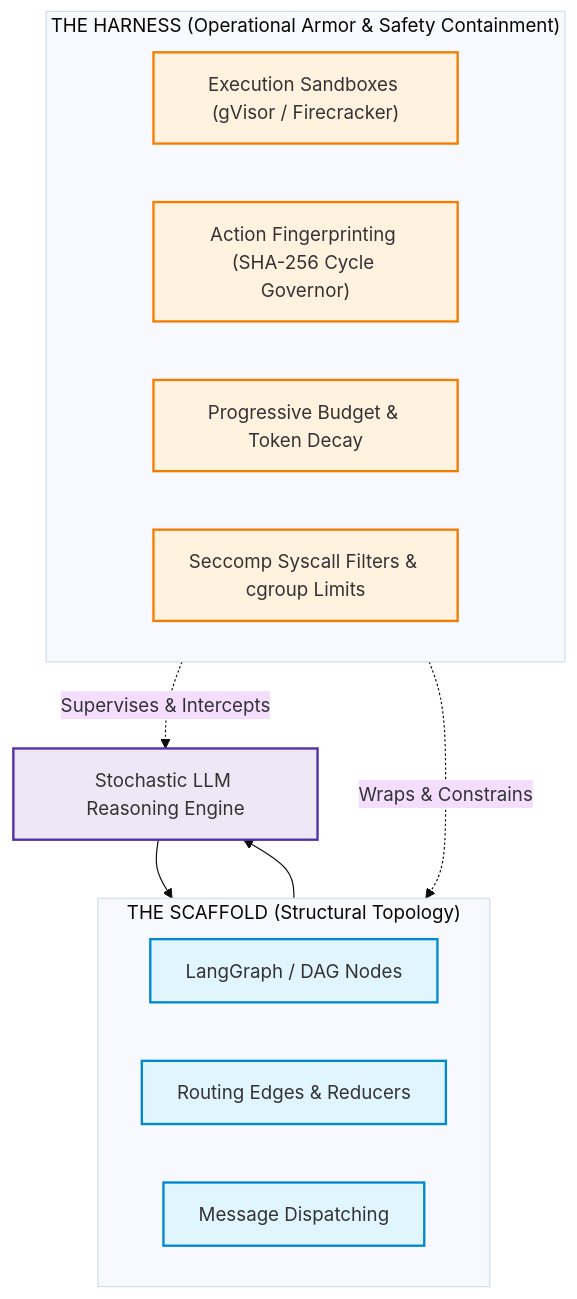
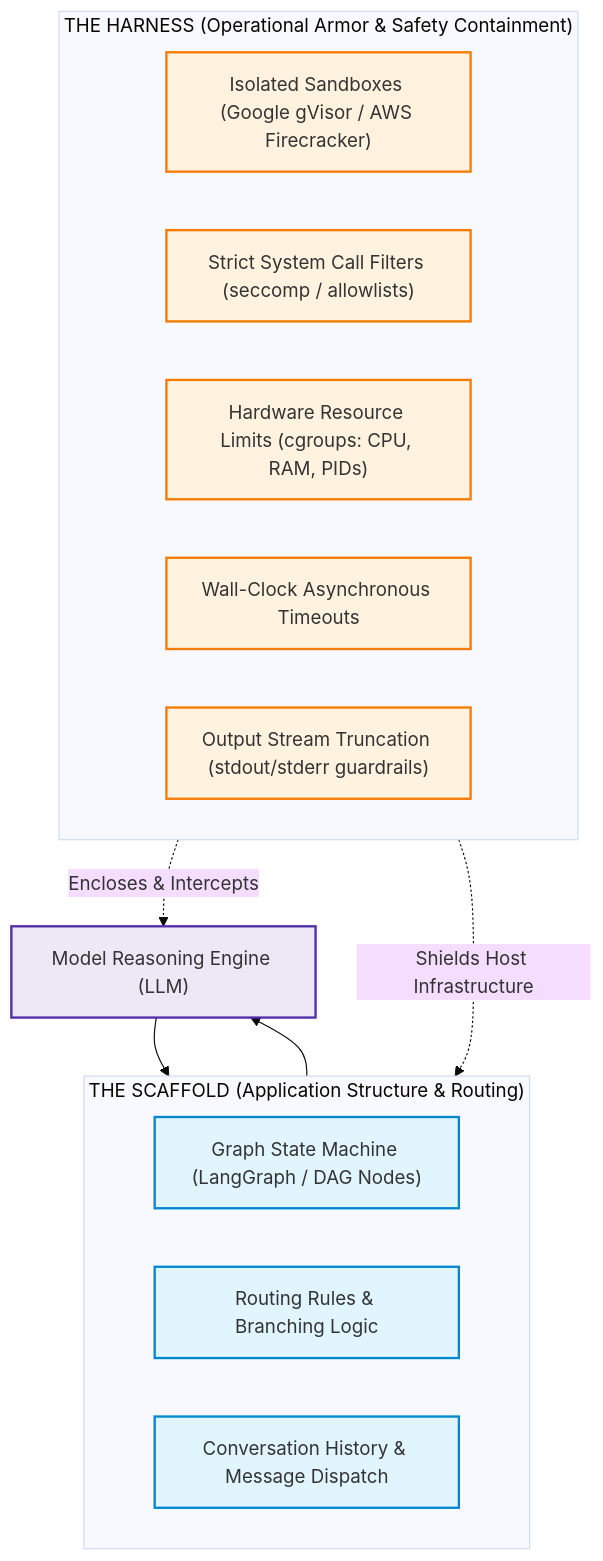
The second of 4 diagrams in 04-agentic-systems-and-orchestration/06-codeact-and-sandboxed-execution-runtimes.md (dip4k/senior-engineer-to-ai-engineer-roadmap), drawn with Mermaid (base theme) before and after one commit. The commit also changed other lines of this file and 11 other files, not shown here.

````diff
--- a/04-agentic-systems-and-orchestration/06-codeact-and-sandboxed-execution-runtimes.md
+++ b/04-agentic-systems-and-orchestration/06-codeact-and-sandboxed-execution-runtimes.md
@@ -79,26 +102,27 @@
 ```mermaid
 flowchart TD
     classDef scaffold fill:#e1f5fe,stroke:#0288d1,stroke-width:2px;
     classDef harness fill:#fff3e0,stroke:#f57c00,stroke-width:2px;
     classDef model fill:#ede7f6,stroke:#512da8,stroke-width:2px;
 
-    subgraph Scaffold["THE SCAFFOLD (Structural Topology)"]
-        S1["LangGraph / DAG Nodes"]:::scaffold
-        S2["Routing Edges & Reducers"]:::scaffold
-        S3["Message Dispatching"]:::scaffold
+    subgraph Scaffold["THE SCAFFOLD (Application Structure & Routing)"]
+        S1["Graph State Machine (LangGraph / DAG Nodes)"]:::scaffold
+        S2["Routing Rules & Branching Logic"]:::scaffold
+        S3["Conversation History & Message Dispatch"]:::scaffold
     end
 
     subgraph Harness["THE HARNESS (Operational Armor & Safety Containment)"]
-        H1["Execution Sandboxes (gVisor / Firecracker)"]:::harness
-        H2["Action Fingerprinting (SHA-256 Cycle Governor)"]:::harness
-        H3["Progressive Budget & Token Decay"]:::harness
-        H4["Seccomp Syscall Filters & cgroup Limits"]:::harness
+        H1["Isolated Sandboxes (Google gVisor / AWS Firecracker)"]:::harness
+        H2["Strict System Call Filters (seccomp / allowlists)"]:::harness
+        H3["Hardware Resource Limits (cgroups: CPU, RAM, PIDs)"]:::harness
+        H4["Wall-Clock Asynchronous Timeouts"]:::harness
+        H5["Output Stream Truncation (stdout/stderr guardrails)"]:::harness
     end
 
-    Model["Stochastic LLM Reasoning Engine"]:::model
+    Model["Model Reasoning Engine (LLM)"]:::model
     
     Scaffold --> Model
     Model --> Scaffold
-    Harness -.->|"Supervises & Intercepts"| Model
-    Harness -.->|"Wraps & Constrains"| Scaffold
+    Harness -.->|"Encloses & Intercepts"| Model
+    Harness -.->|"Shields Host Infrastructure"| Scaffold
 ```
````
